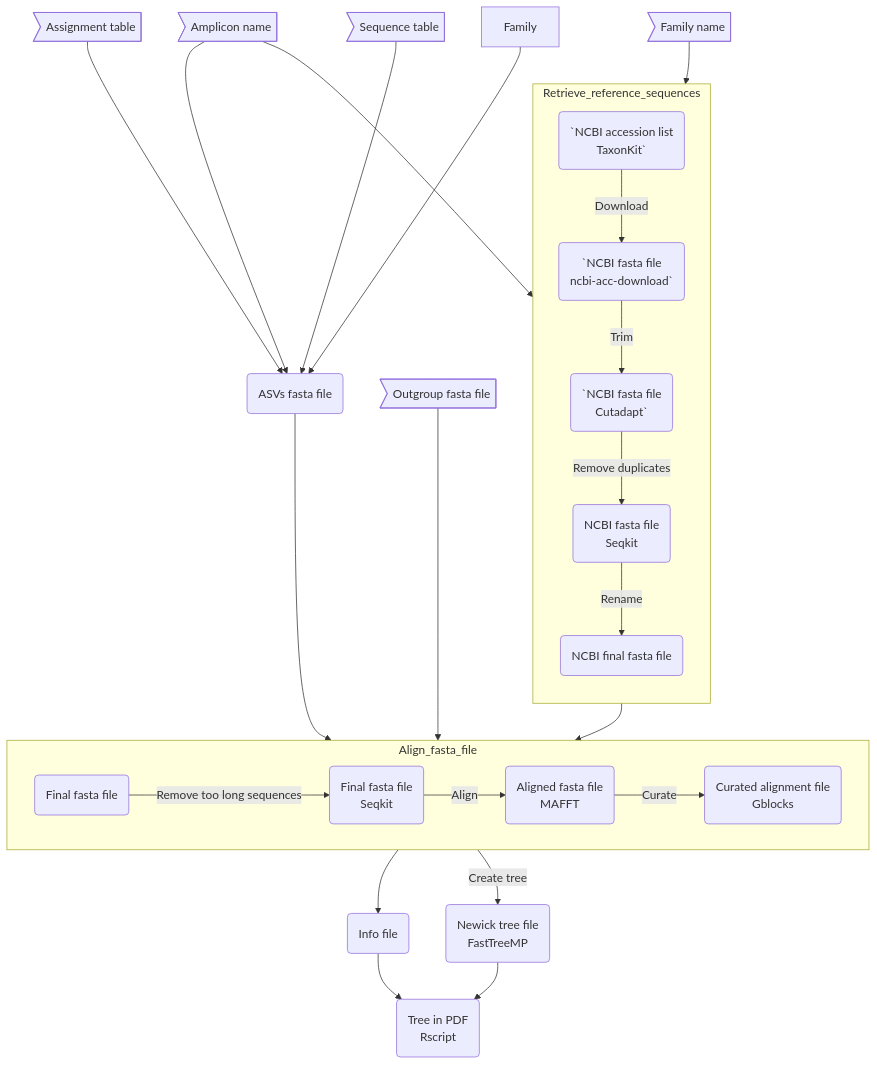
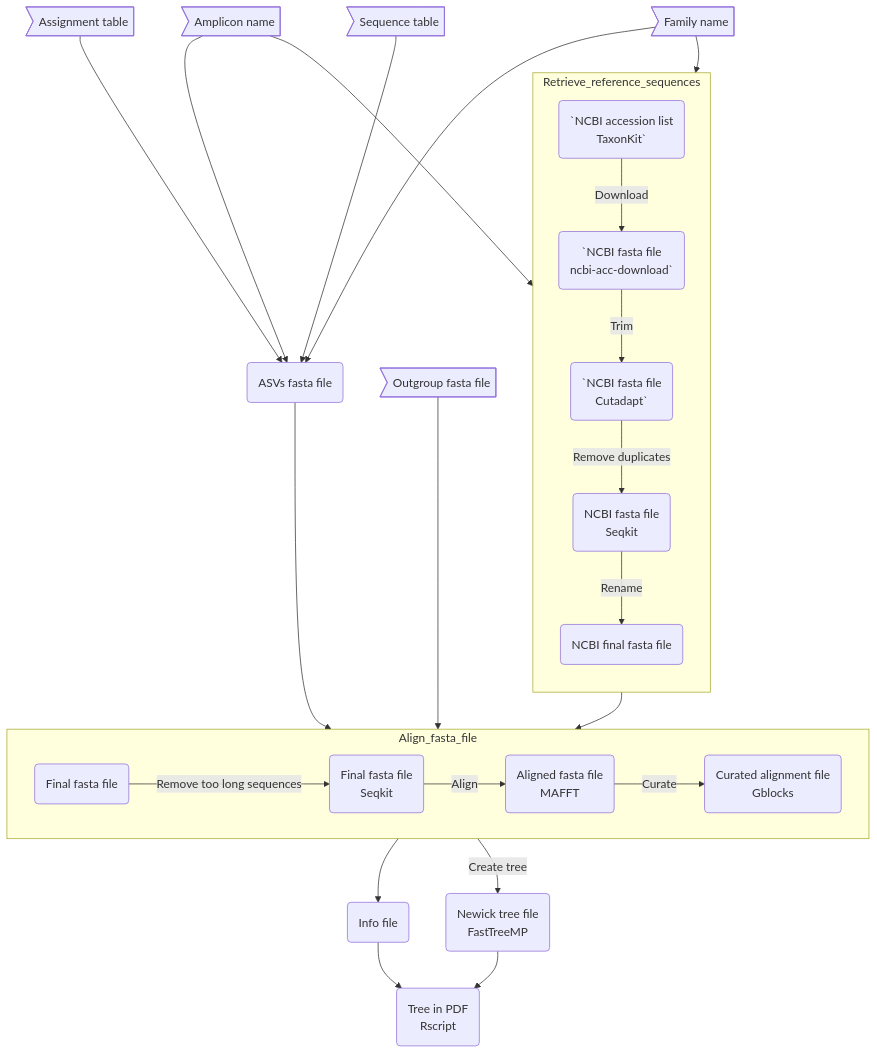
One commit to Enorya/Phylo-tree_eDNA changed the diagram in README.md. Above: the diagram before and after it, drawn with Mermaid.

````diff
--- a/README.md
+++ b/README.md
@@ -24,46 +24,46 @@
 ```mermaid
 flowchart
 	amplicon>Amplicon name]
 	family>Family name]
 	Assign>Assignment table]
 	Seq>Sequence table]
 	Out>Outgroup fasta file]
 	step1(`NCBI accession list
 TaxonKit`)
 	step2(`NCBI fasta file
 ncbi-acc-download`)
 	step3(`NCBI fasta file
 Cutadapt`)
 	step4(NCBI fasta file
 Seqkit)
 	step5(NCBI final fasta file)
 	step6(ASVs fasta file)
 	step7(Final fasta file)
 	step8(Final fasta file
 Seqkit)
 	step9(Aligned fasta file
 MAFFT)
 	step10(Curated alignment file
 Gblocks)
 	step11(Newick tree file
 FastTreeMP)
 	step12(Info file)
 	step13(Tree in PDF
 Rscript)
 
 	subgraph Retrieve_reference_sequences
 		direction TB
         	step1 -->|Download| step2 -->|Trim| step3 -->|Remove duplicates| step4 -->|Rename| step5
 	end
 	subgraph Align_fasta_file
 		direction LR
         	step7 -->|Remove too long sequences| step8 -->|Align| step9 -->|Curate| step10
 	end
 	amplicon --> step1
 	family --> step1
-	amplicon & Assign & Seq & Family --> step6
+	amplicon & Assign & Seq & family --> step6
 	step5 & Out & step6 --> step7
 	step10 --> step12 --> step13
 	step10 -->|Create tree| step11 --> step13
 
 ```
````
